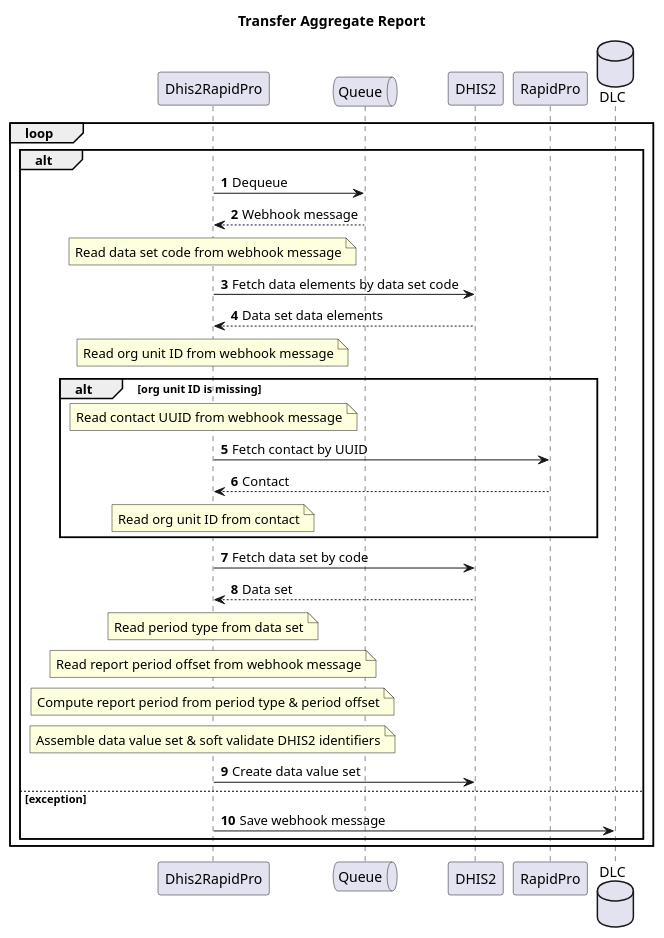
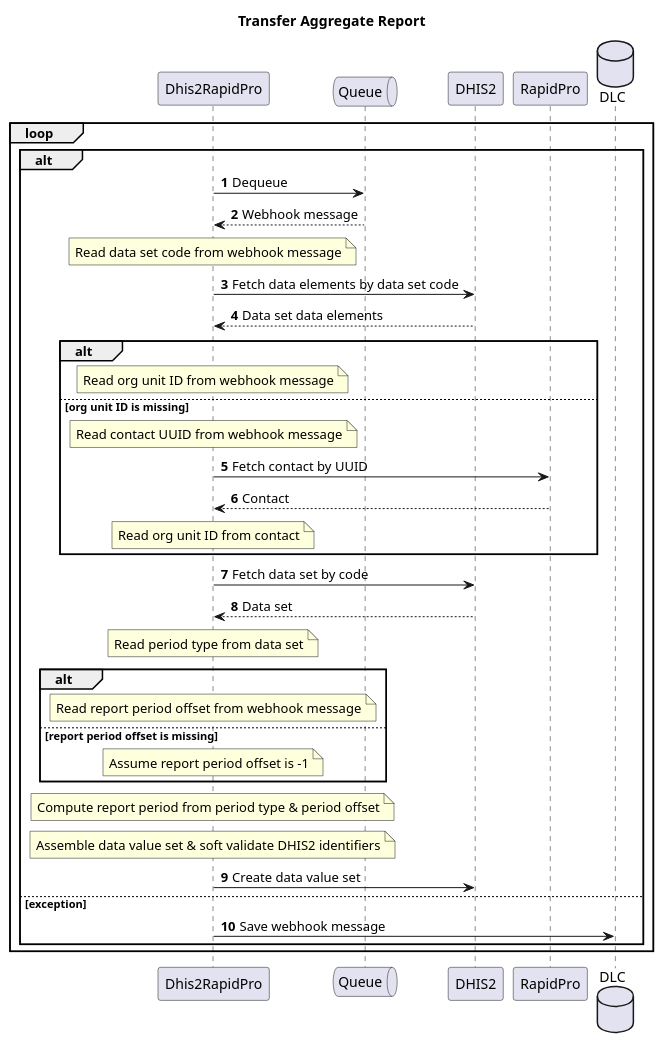
Before and after one commit to dhis2/integration-dhis-rapidpro: the diagram in design/plantuml/transfer-aggr-report.puml, drawn with PlantUML.

Commit message:
docs: refine UML

```diff
--- a/design/plantuml/transfer-aggr-report.puml
+++ b/design/plantuml/transfer-aggr-report.puml
@@ -1,35 +1,40 @@
 @startuml
 title Transfer Aggregate Report
 participant Dhis2RapidPro as Dhis2RapidPro
 queue Queue as Queue
 participant DHIS2 as DHIS2
 participant RapidPro as RapidPro
 database DLC as DLC
 autonumber
 skinparam responseMessageBelowArrow true
 loop
     alt
         Dhis2RapidPro -> Queue: Dequeue
         Queue --> Dhis2RapidPro: Webhook message
         note over Dhis2RapidPro: Read data set code from webhook message
         Dhis2RapidPro -> DHIS2: Fetch data elements by data set code
         DHIS2 --> Dhis2RapidPro: Data set data elements
-        note over Dhis2RapidPro: Read org unit ID from webhook message
-        alt org unit ID is missing
+        alt
+            note over Dhis2RapidPro: Read org unit ID from webhook message
+        else org unit ID is missing
             note over Dhis2RapidPro: Read contact UUID from webhook message
             Dhis2RapidPro -> RapidPro: Fetch contact by UUID
             RapidPro --> Dhis2RapidPro: Contact
             note over Dhis2RapidPro: Read org unit ID from contact
         end
         Dhis2RapidPro -> DHIS2: Fetch data set by code
         DHIS2 --> Dhis2RapidPro: Data set
         note over Dhis2RapidPro: Read period type from data set
-        note over Dhis2RapidPro: Read report period offset from webhook message
+        alt
+            note over Dhis2RapidPro: Read report period offset from webhook message
+         else report period offset is missing
+           note over Dhis2RapidPro: Assume report period offset is -1
+        end
         note over Dhis2RapidPro: Compute report period from period type & period offset
         note over Dhis2RapidPro: Assemble data value set & soft validate DHIS2 identifiers
         Dhis2RapidPro -> DHIS2: Create data value set
     else exception
         Dhis2RapidPro -> DLC: Save webhook message
     end
 end
 @enduml
```
